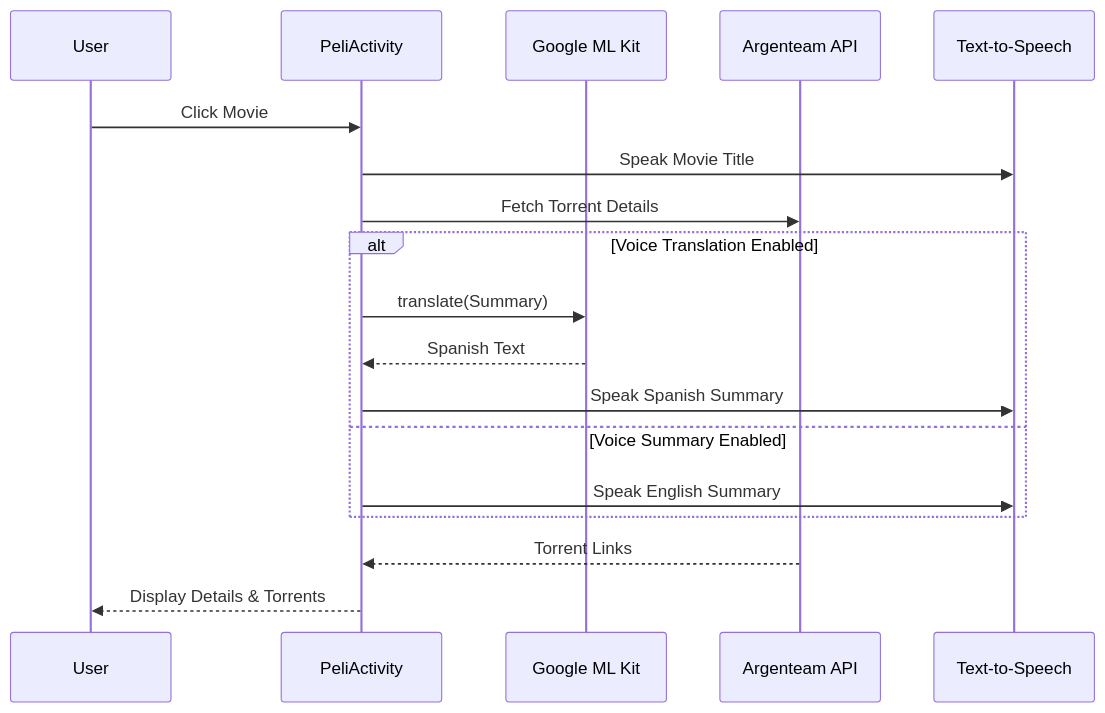
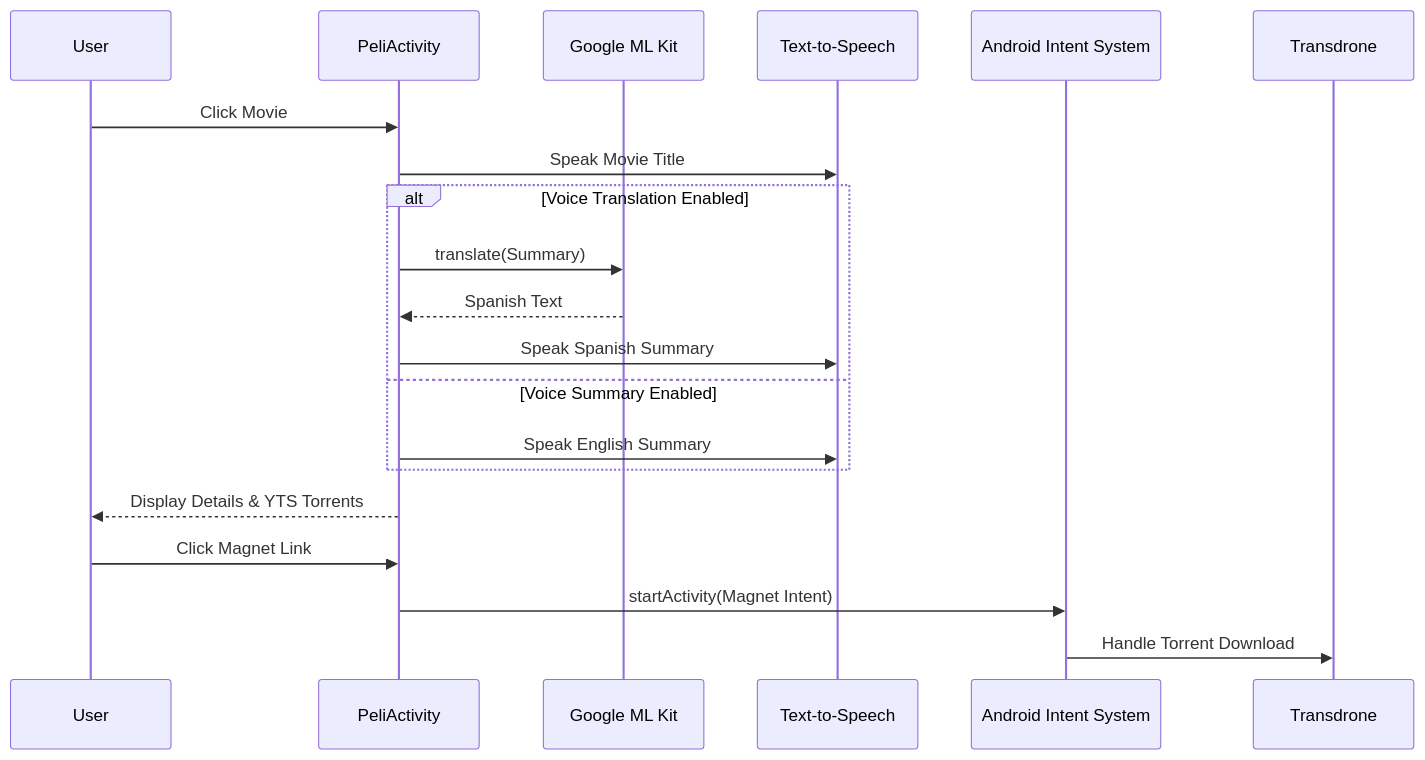
The fourth of 5 diagrams in README.md (martinrevert/LaTorrentola), drawn with Mermaid before and after one commit. The commit also changed other lines of this file, not shown here.

Commit message:
- Update README to clarify integration with Transdrone for torrent management - Remove Argenteam API references from architecture documentation and diagrams - Update sequence diagrams to reflect magnet intent handling via Android system - Remove Argenteam base URL from requirements section

````diff
--- a/README.md
+++ b/README.md
@@ -112,21 +123,23 @@
 ```mermaid
 sequenceDiagram
     participant User
     participant PeliActivity
     participant MLKit as Google ML Kit
-    participant ArgenteamAPI as Argenteam API
     participant TTS as Text-to-Speech
+    participant OS as Android Intent System
+    participant Transdrone
 
     User->>PeliActivity: Click Movie
     PeliActivity->>TTS: Speak Movie Title
-    PeliActivity->>ArgenteamAPI: Fetch Torrent Details
     alt Voice Translation Enabled
         PeliActivity->>MLKit: translate(Summary)
         MLKit-->>PeliActivity: Spanish Text
         PeliActivity->>TTS: Speak Spanish Summary
     else Voice Summary Enabled
         PeliActivity->>TTS: Speak English Summary
     end
-    ArgenteamAPI-->>PeliActivity: Torrent Links
-    PeliActivity-->>User: Display Details & Torrents
+    PeliActivity-->>User: Display Details & YTS Torrents
+    User->>PeliActivity: Click Magnet Link
+    PeliActivity->>OS: startActivity(Magnet Intent)
+    OS->>Transdrone: Handle Torrent Download
 ```
````
